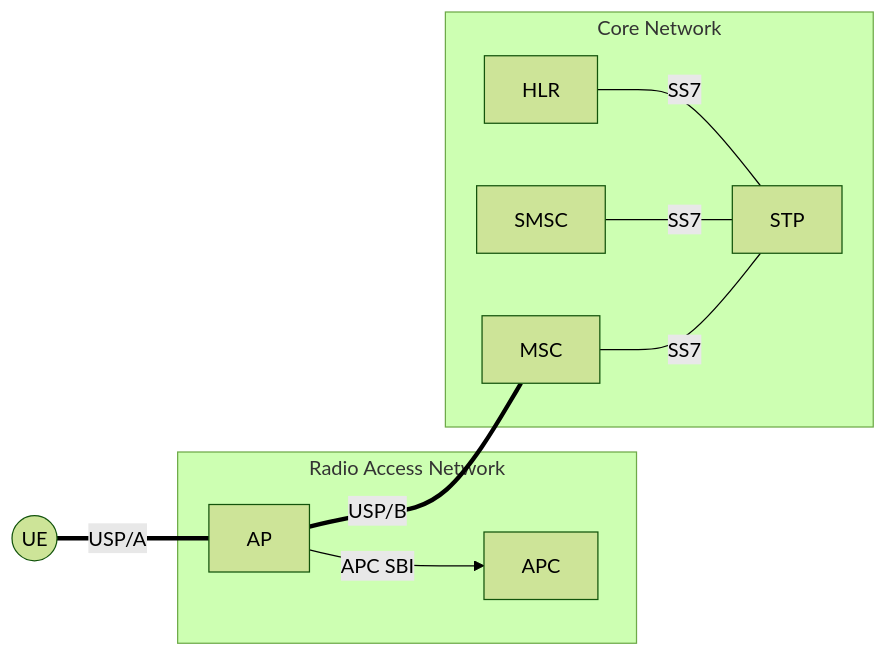
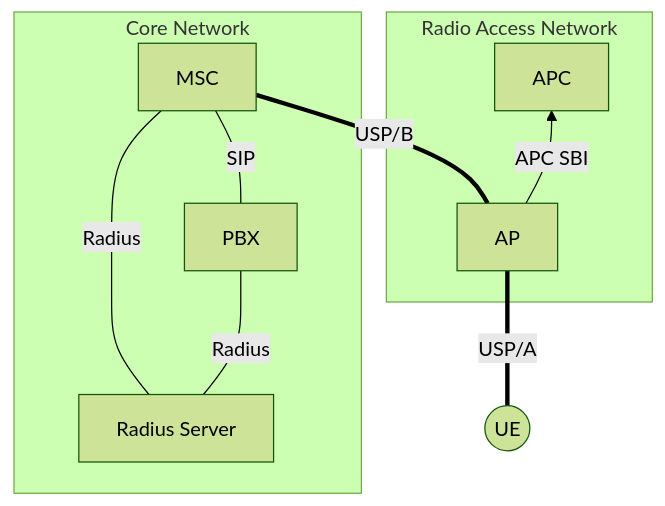
One commit to samuelh2005/cc-telecom changed the diagram in docs/architecture.md. Above: the diagram before and after it, drawn with Mermaid (forest theme). The commit also changed other lines of this file, not shown here.

Commit message:
docs: replace ss7 networking with sip and radius for simplicity

````diff
--- a/docs/architecture.md
+++ b/docs/architecture.md
@@ -19,25 +19,24 @@
 ```mermaid
-flowchart LR
+flowchart BT
     UE((UE))
 
     subgraph "Radio Access Network"
         AP[AP]
         APC[APC]
 
         AP --> |"APC SBI"| APC
     end
 
     subgraph "Core Network"
+        RS["Radius Server"]
+        PBX[PBX]
         MSC[MSC]
-        STP[STP]
-        HLR[HLR]
-        SMSC[SMSC]
-  
-        HLR --- |"SS7"| STP
-        SMSC --- |"SS7"| STP
-        MSC --- |"SS7"| STP
+        
+        RS --- |"Radius"| MSC
+        RS --- |"Radius"| PBX
+        PBX --- |"SIP"| MSC
     end
     
+    AP === |"USP/B"| MSC
     UE === |"USP/A"| AP
-    AP === |"USP/B"| MSC
 ```
````
